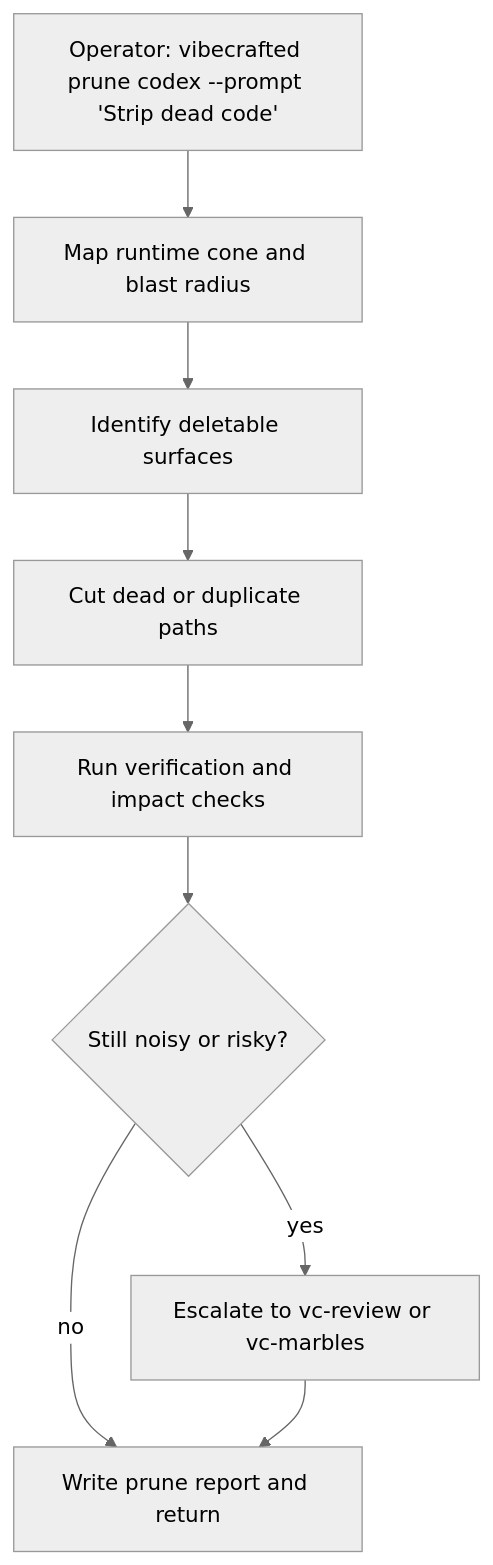
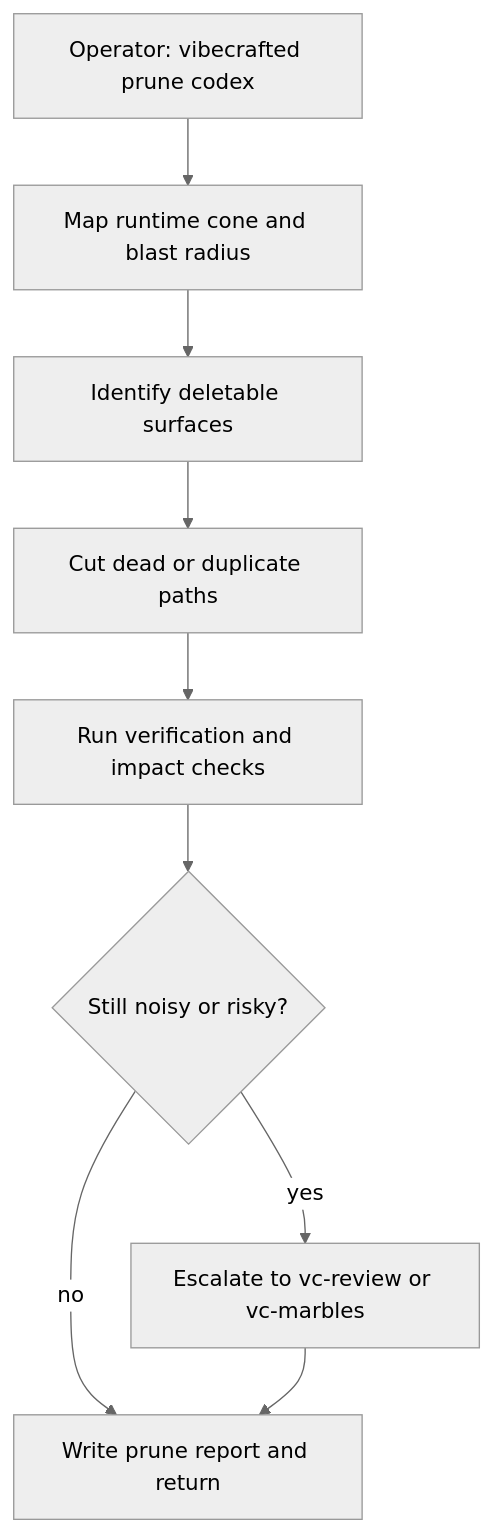
Before and after one commit to VetCoders/vibecrafted: the diagram in skills/vc-prune/FLOW.md, drawn with Mermaid (neutral theme). The commit also changed other lines of this file and 5 other files, not shown here.

First line of the commit message:
[codex/interactive] feat(prune): default to discovery brief

````diff
--- a/skills/vc-prune/FLOW.md
+++ b/skills/vc-prune/FLOW.md
@@ -5,11 +5,11 @@
 ```mermaid
 flowchart TD
-    A[Operator: vibecrafted prune codex --prompt 'Strip dead code'] --> B[Map runtime cone and blast radius]
+    A[Operator: vibecrafted prune codex] --> B[Map runtime cone and blast radius]
     B --> C[Identify deletable surfaces]
     C --> D[Cut dead or duplicate paths]
     D --> E[Run verification and impact checks]
     E --> F{Still noisy or risky?}
     F -->|yes| G[Escalate to vc-review or vc-marbles]
     F -->|no| H[Write prune report and return]
     G --> H
 ```
````
